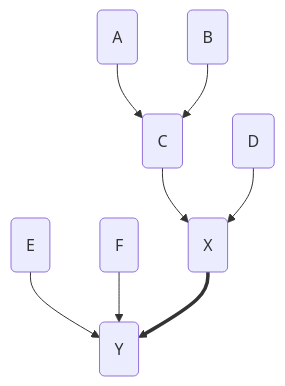
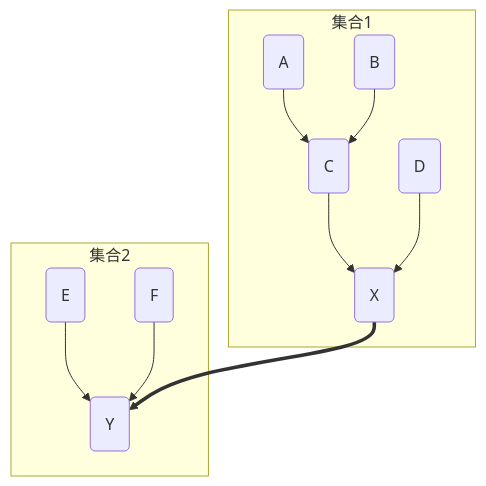
Before and after one commit to dmjcb/SelfBlog: the fourth of 6 diagrams in DataStructures/Graph/并查集与最小生成树.md, drawn with Mermaid. The commit also changed other lines of this file and 15 other files, not shown here.

````diff
--- a/DataStructures/Graph/并查集与最小生成树.md
+++ b/DataStructures/Graph/并查集与最小生成树.md
@@ -180,14 +185,17 @@
 ```mermaid
 graph TB;
-    a(A)-->c(C)
-    b(B)-->c(C)
-    c(C)-->x(X)
+    subgraph 集合1
+        a(A)-->c(C)
+        b(B)-->c(C)
+        c(C)-->x(X)
 
-    d(D)-->x(X)
+        d(D)-->x(X)
+    end
 
-
-    e(E)-->y(Y)
-    f(F)-->y(Y)
+    subgraph 集合2
+        e(E)-->y(Y)
+        f(F)-->y(Y)
+    end
 
     x(X)==>y(Y)
 ```
````
